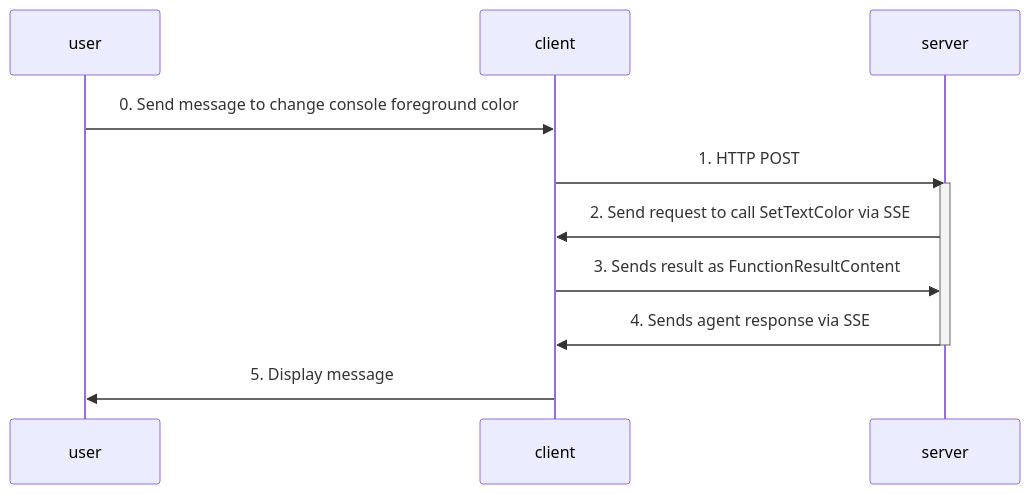
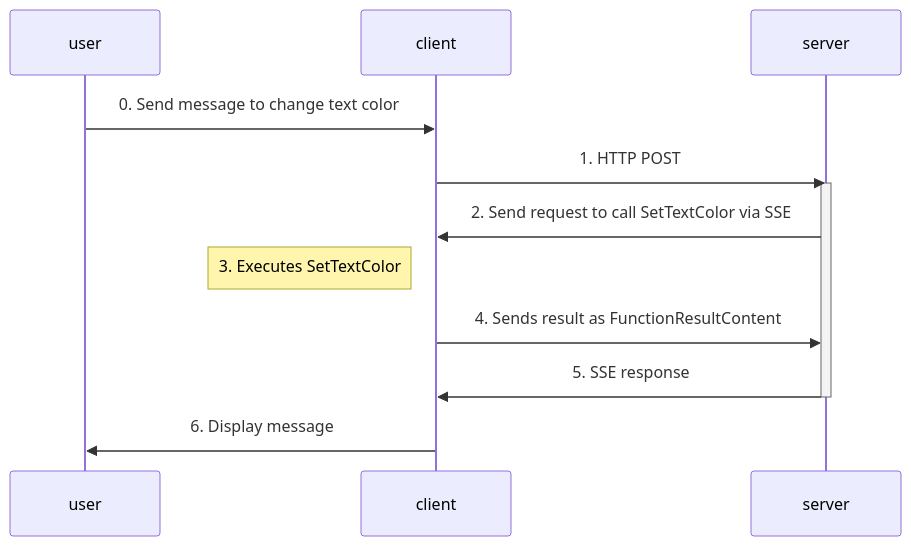
One commit to jasmin-software/dotnet_agui_workshop changed the second of 2 diagrams in project1/Client_Tutorial_2/README.md. Above: the diagram before and after it, drawn with Mermaid. The commit also changed other lines of this file, not shown here.

````diff
--- a/project1/Client_Tutorial_2/README.md
+++ b/project1/Client_Tutorial_2/README.md
@@ -127,11 +127,12 @@
 ```mermaid
 sequenceDiagram;
-   user->>client:   0. Send message to change console foreground color
+   user->>client:   0. Send message to change text color
    client->>server: 1. HTTP POST
    activate server
    server->>client: 2. Send request to call SetTextColor via SSE
-   client->>server: 3. Sends result as FunctionResultContent
-   server->>client: 4. Sends agent response via SSE
+   Note left of client: 3. Executes SetTextColor
+   client->>server: 4. Sends result as FunctionResultContent
+   server->>client: 5. SSE response
    deactivate server
-   client->>user: 5. Display message
+   client->>user: 6. Display message
 ```
````
